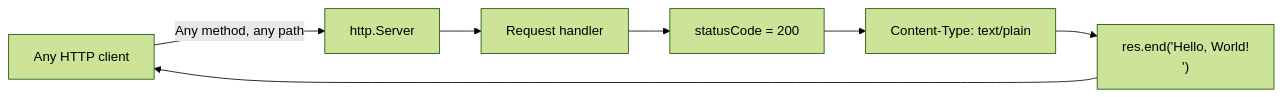
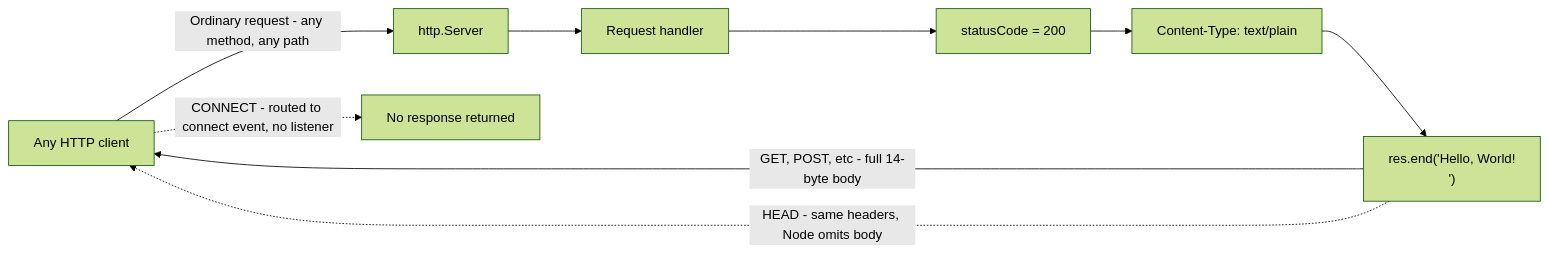
The second of 2 diagrams in README.md (Sandeep01Kumar/Sk-16-July), drawn with Mermaid (forest theme) before and after one commit. The commit also changed other lines of this file, not shown here.

````diff
--- a/README.md
+++ b/README.md
@@ -193,9 +225,11 @@
 ```mermaid
 flowchart LR
-    A[Any HTTP client] -->|Any method, any path| B[http.Server]
+    A[Any HTTP client] -->|Ordinary request - any method, any path| B[http.Server]
+    A -.->|CONNECT - routed to connect event, no listener| G[No response returned]
     B --> C[Request handler]
     C --> D["statusCode = 200"]
     D --> E["Content-Type: text/plain"]
     E --> F["res.end('Hello, World!\n')"]
-    F --> A
+    F -->|GET, POST, etc - full 14-byte body| A
+    F -.->|HEAD - same headers, Node omits body| A
 ```
````
